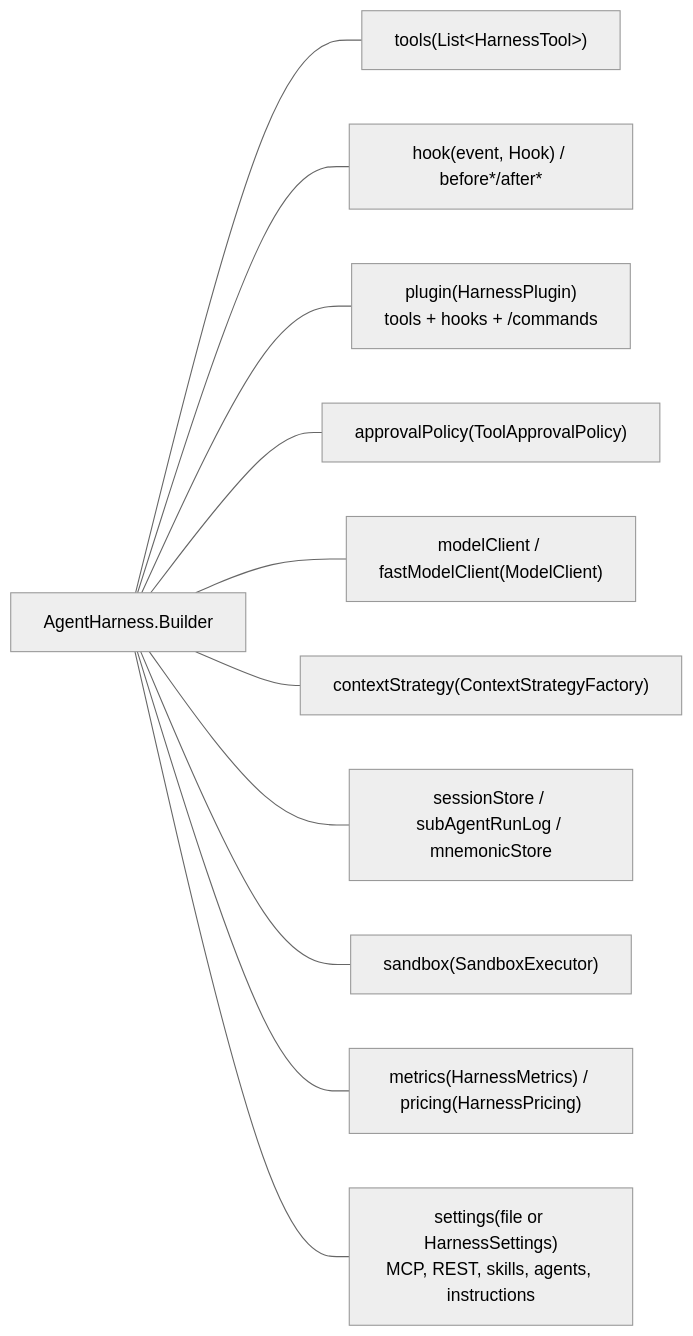
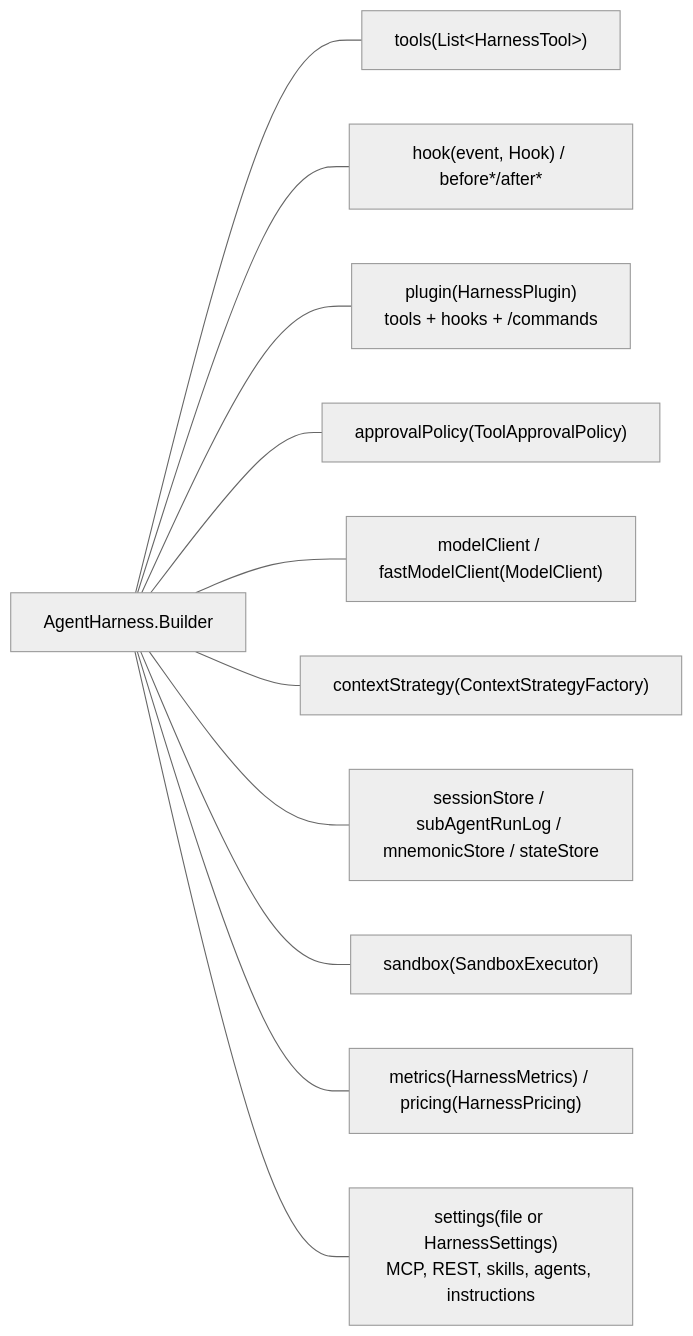
Before and after one commit to kendarorg/jllm: the first of 3 diagrams in docs/EXTENDING.md, drawn with Mermaid (neutral theme). The commit also changed other lines of this file and 183 other files, not shown here.

````diff
--- a/docs/EXTENDING.md
+++ b/docs/EXTENDING.md
@@ -5,14 +5,14 @@
 ```mermaid
 flowchart LR
     B["AgentHarness.Builder"]
     B --- T["tools(List&lt;HarnessTool&gt;)"]
     B --- H["hook(event, Hook) / before*/after*"]
     B --- P["plugin(HarnessPlugin)<br/>tools + hooks + /commands"]
     B --- AP["approvalPolicy(ToolApprovalPolicy)"]
     B --- MC["modelClient / fastModelClient(ModelClient)"]
     B --- CS["contextStrategy(ContextStrategyFactory)"]
-    B --- ST["sessionStore / subAgentRunLog / mnemonicStore"]
+    B --- ST["sessionStore / subAgentRunLog / mnemonicStore / stateStore"]
     B --- SB["sandbox(SandboxExecutor)"]
     B --- ME["metrics(HarnessMetrics) / pricing(HarnessPricing)"]
     B --- SE["settings(file or HarnessSettings)<br/>MCP, REST, skills, agents, instructions"]
 ```
````
